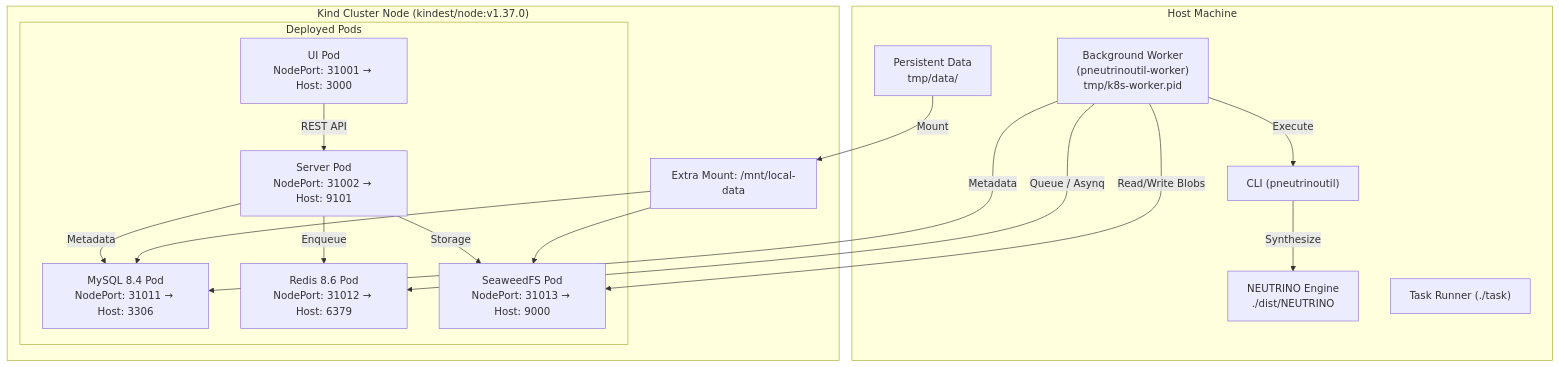
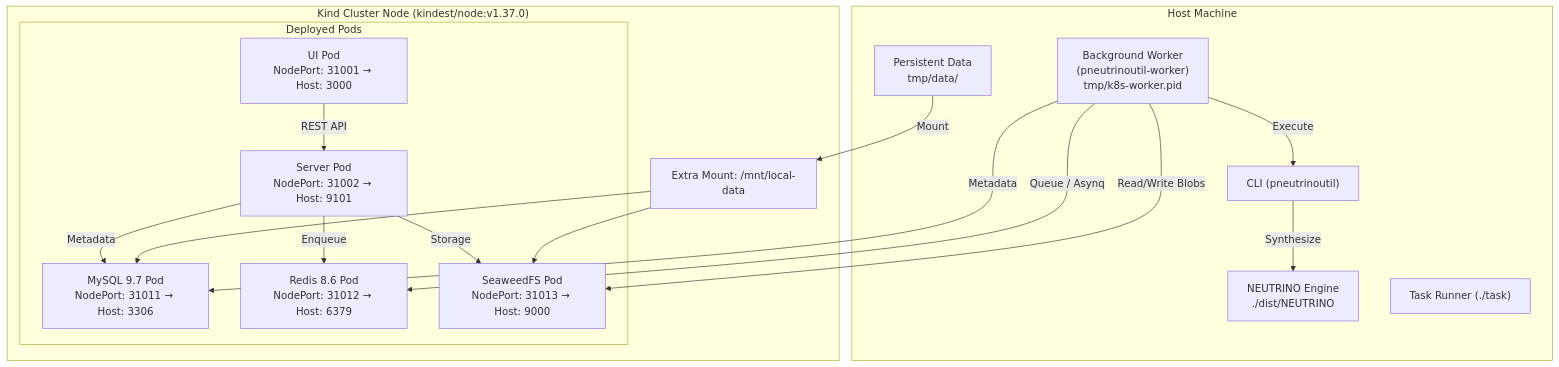
One commit to berquerant/pneutrinoutil changed the diagram in .agent/skills/local-dev-environment/SKILL.md. Above: the diagram before and after it, drawn with Mermaid. The commit also changed other lines of this file and 3 other files, not shown here.

````diff
--- a/.agent/skills/local-dev-environment/SKILL.md
+++ b/.agent/skills/local-dev-environment/SKILL.md
@@ -58,34 +58,34 @@
 ```mermaid
 flowchart TD
     subgraph Host["Host Machine"]
         Worker["Background Worker<br/>(pneutrinoutil-worker)<br/>tmp/k8s-worker.pid"]
         CLI["CLI (pneutrinoutil)"]
         NeutrinoEngine["NEUTRINO Engine<br/>./dist/NEUTRINO"]
         DataDir["Persistent Data<br/>tmp/data/"]
         TaskRunner["Task Runner (./task)"]
     end
 
     subgraph KindCluster["Kind Cluster Node (kindest/node:v1.37.0)"]
         Mount["Extra Mount: /mnt/local-data"]
         subgraph Pods["Deployed Pods"]
             Server["Server Pod<br/>NodePort: 31002 → Host: 9101"]
             UI["UI Pod<br/>NodePort: 31001 → Host: 3000"]
-            MySQL["MySQL 8.4 Pod<br/>NodePort: 31011 → Host: 3306"]
+            MySQL["MySQL 9.7 Pod<br/>NodePort: 31011 → Host: 3306"]
             Redis["Redis 8.6 Pod<br/>NodePort: 31012 → Host: 6379"]
             S3["SeaweedFS Pod<br/>NodePort: 31013 → Host: 9000"]
         end
     end
 
     DataDir -->|Mount| Mount
     Mount --> MySQL
     Mount --> S3
     Worker -->|Execute| CLI
     CLI -->|Synthesize| NeutrinoEngine
     Worker -->|Queue / Asynq| Redis
     Worker -->|Metadata| MySQL
     Worker -->|Read/Write Blobs| S3
     Server -->|Metadata| MySQL
     Server -->|Storage| S3
     Server -->|Enqueue| Redis
     UI -->|REST API| Server
 ```
````
